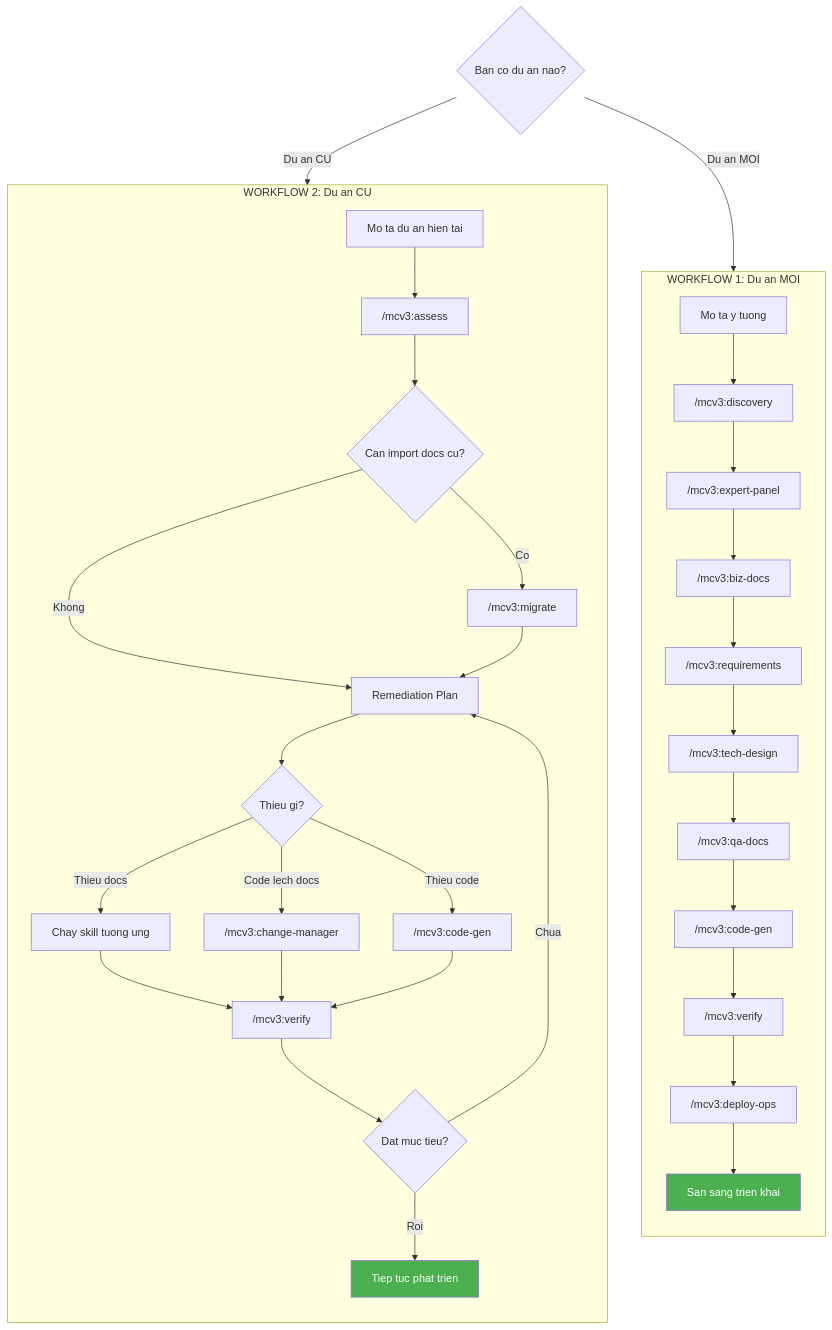
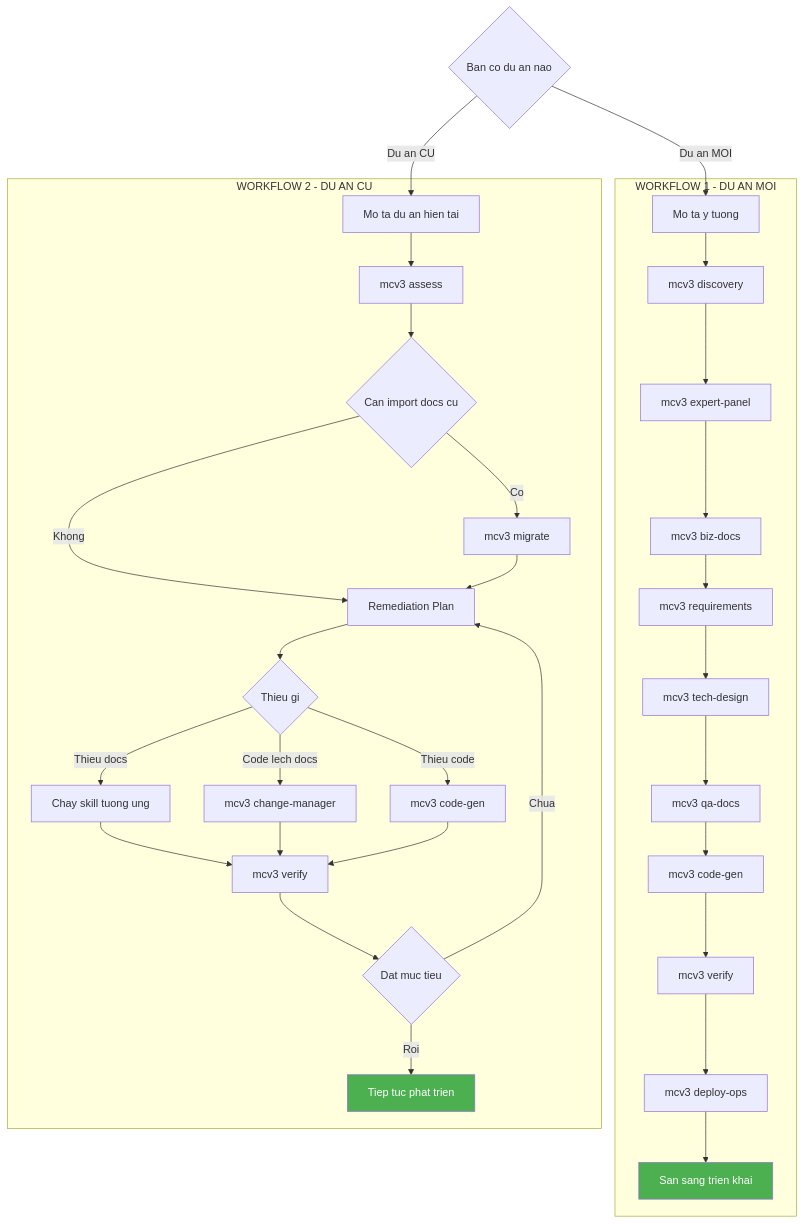
One commit to hanoibanhcuon/MCV3-Plugin changed the diagram in docs/MCV3-DEVKIT-USER-GUIDE.md. Above: the diagram before and after it, drawn with Mermaid.

Commit message:
fix: sửa Mermaid 8.8.0 syntax errors trong USER-GUIDE diagram
- Đổi flowchart TD → graph TD
- Xóa direction TD trong subgraph (không hỗ trợ 8.8.0)
- Xóa quotes trong node labels, edge labels, diamond nodes
- Xóa ký tự đặc biệt / và : trong node labels
- Xóa : trong subgraph labels

````diff
--- a/docs/MCV3-DEVKIT-USER-GUIDE.md
+++ b/docs/MCV3-DEVKIT-USER-GUIDE.md
@@ -115,41 +115,39 @@
 ```mermaid
-flowchart TD
-    START{"Ban co du an nao?"} -->|"Du an MOI"| NEW_START
-    START -->|"Du an CU"| OLD_START
+graph TD
+    START{Ban co du an nao} -->|Du an MOI| NEW_START
+    START -->|Du an CU| OLD_START
 
-    subgraph NEW ["WORKFLOW 1: Du an MOI"]
-        direction TD
-        NEW_START["Mo ta y tuong"] --> N1["/mcv3:discovery"]
-        N1 --> N2["/mcv3:expert-panel"]
-        N2 --> N3["/mcv3:biz-docs"]
-        N3 --> N4["/mcv3:requirements"]
-        N4 --> N5["/mcv3:tech-design"]
-        N5 --> N6["/mcv3:qa-docs"]
-        N6 --> N7["/mcv3:code-gen"]
-        N7 --> N8["/mcv3:verify"]
-        N8 --> N9["/mcv3:deploy-ops"]
-        N9 --> DONE1["San sang trien khai"]
+    subgraph WF1[WORKFLOW 1 - DU AN MOI]
+    NEW_START[Mo ta y tuong] --> N1[mcv3 discovery]
+    N1 --> N2[mcv3 expert-panel]
+    N2 --> N3[mcv3 biz-docs]
+    N3 --> N4[mcv3 requirements]
+    N4 --> N5[mcv3 tech-design]
+    N5 --> N6[mcv3 qa-docs]
+    N6 --> N7[mcv3 code-gen]
+    N7 --> N8[mcv3 verify]
+    N8 --> N9[mcv3 deploy-ops]
+    N9 --> DONE1[San sang trien khai]
     end
 
-    subgraph OLD ["WORKFLOW 2: Du an CU"]
-        direction TD
-        OLD_START["Mo ta du an hien tai"] --> O1["/mcv3:assess"]
-        O1 --> O2{"Can import docs cu?"}
-        O2 -->|"Co"| O3["/mcv3:migrate"]
-        O2 -->|"Khong"| O4["Remediation Plan"]
-        O3 --> O4
-        O4 --> O5{"Thieu gi?"}
-        O5 -->|"Thieu docs"| O6["Chay skill tuong ung"]
-        O5 -->|"Code lech docs"| O7["/mcv3:change-manager"]
-        O5 -->|"Thieu code"| O8["/mcv3:code-gen"]
-        O6 --> O9["/mcv3:verify"]
-        O7 --> O9
-        O8 --> O9
-        O9 --> O10{"Dat muc tieu?"}
-        O10 -->|"Chua"| O4
-        O10 -->|"Roi"| DONE2["Tiep tuc phat trien"]
+    subgraph WF2[WORKFLOW 2 - DU AN CU]
+    OLD_START[Mo ta du an hien tai] --> O1[mcv3 assess]
+    O1 --> O2{Can import docs cu}
+    O2 -->|Co| O3[mcv3 migrate]
+    O2 -->|Khong| O4[Remediation Plan]
+    O3 --> O4
+    O4 --> O5{Thieu gi}
+    O5 -->|Thieu docs| O6[Chay skill tuong ung]
+    O5 -->|Code lech docs| O7[mcv3 change-manager]
+    O5 -->|Thieu code| O8[mcv3 code-gen]
+    O6 --> O9[mcv3 verify]
+    O7 --> O9
+    O8 --> O9
+    O9 --> O10{Dat muc tieu}
+    O10 -->|Chua| O4
+    O10 -->|Roi| DONE2[Tiep tuc phat trien]
     end
 
     style DONE1 fill:#4CAF50,color:#fff
     style DONE2 fill:#4CAF50,color:#fff
 ```
````
